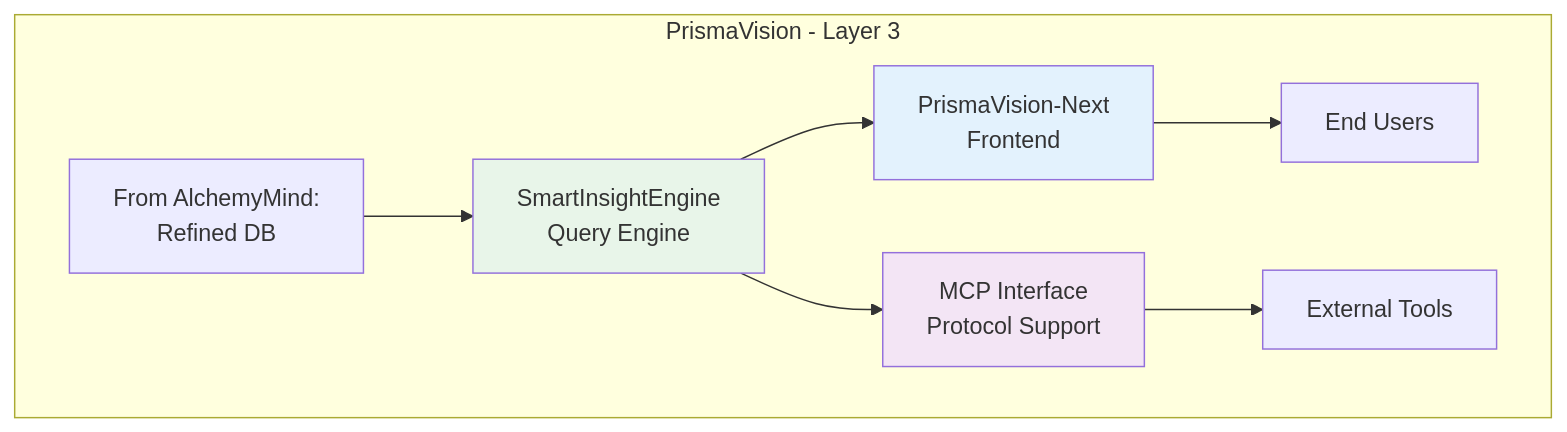
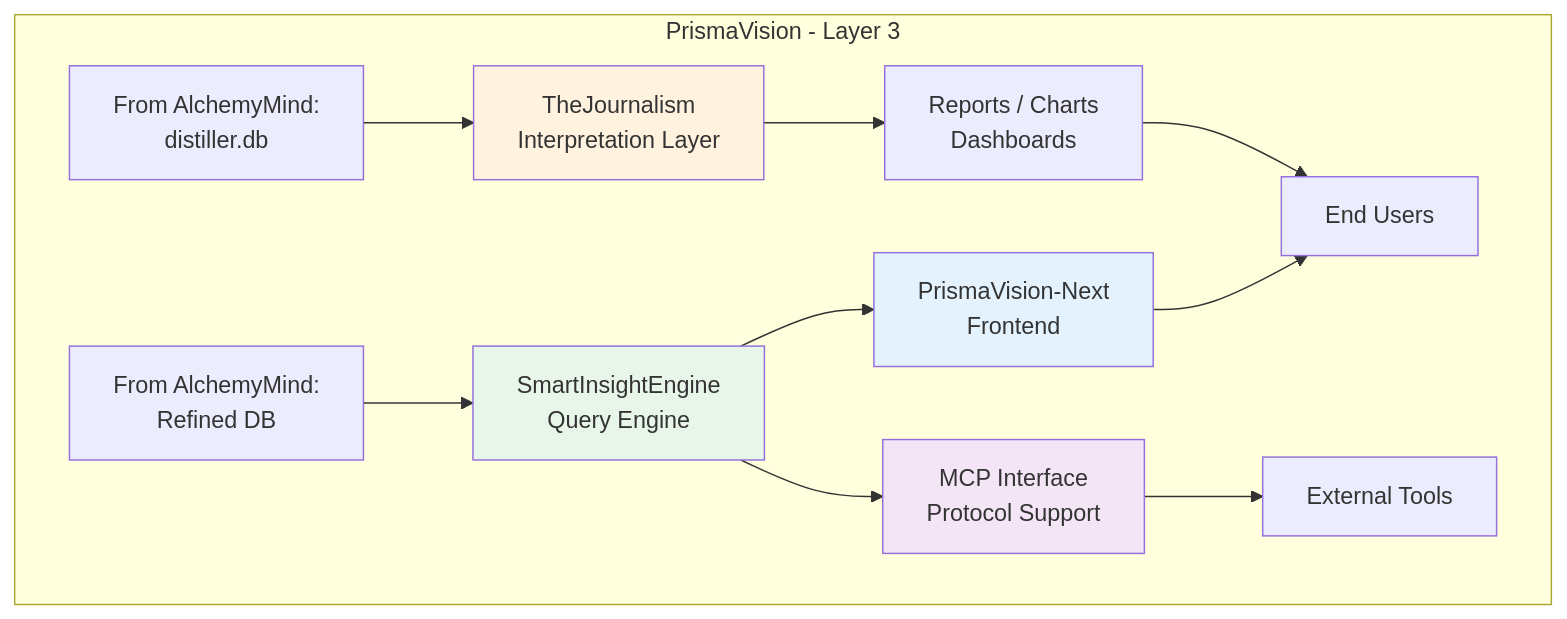
The first of 2 diagrams in projects/prismavision/00_overview.md (mapleelpam/LuminNexus-LearningMap), drawn with Mermaid before and after one commit. The commit also changed other lines of this file and 5 other files, not shown here.

````diff
--- a/projects/prismavision/00_overview.md
+++ b/projects/prismavision/00_overview.md
@@ -50,21 +51,28 @@
 ```mermaid
 graph TB
     subgraph "PrismaVision - Layer 3"
         IN[From AlchemyMind:<br/>Refined DB]
+        IN2[From AlchemyMind:<br/>distiller.db]
 
         SI[SmartInsightEngine<br/>Query Engine]
         UI[PrismaVision-Next<br/>Frontend]
         MCP[MCP Interface<br/>Protocol Support]
+        TJ[TheJournalism<br/>Interpretation Layer]
 
         IN --> SI
         SI --> UI
         SI --> MCP
 
+        IN2 --> TJ
+        TJ --> RPT[Reports / Charts<br/>Dashboards]
+
         UI --> USER[End Users]
         MCP --> TOOLS[External Tools]
+        RPT --> USER
     end
 
     style SI fill:#e8f5e9
     style UI fill:#e3f2fd
     style MCP fill:#f3e5f5
+    style TJ fill:#fff3e0
 ```
````
